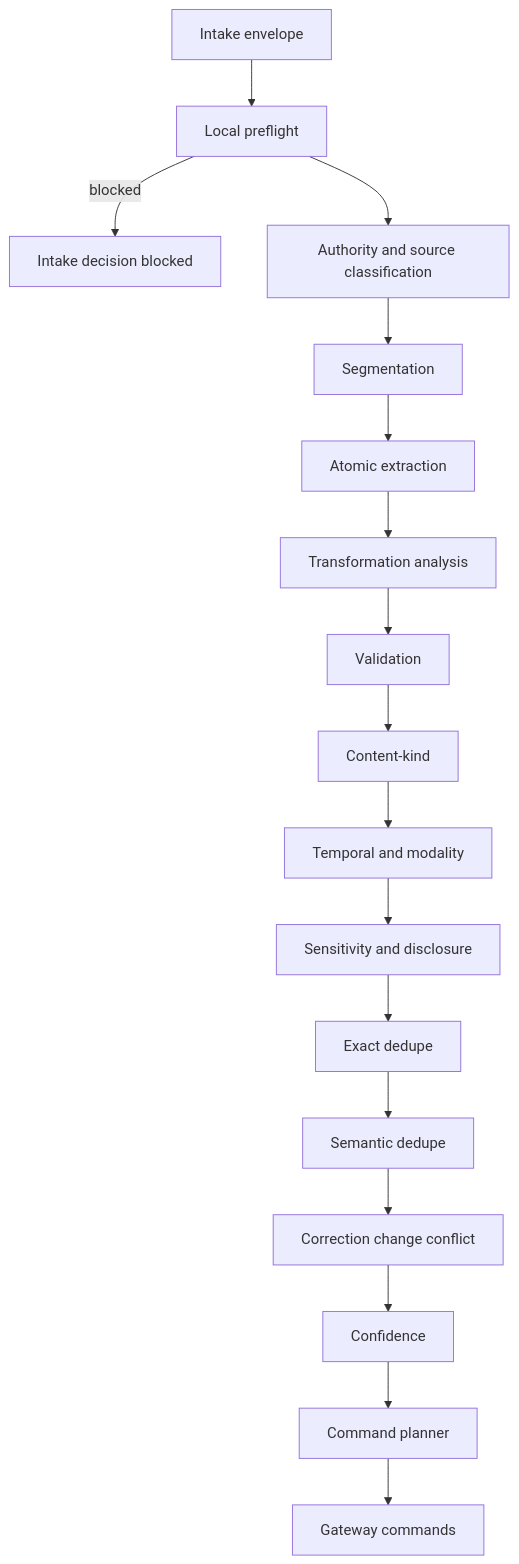
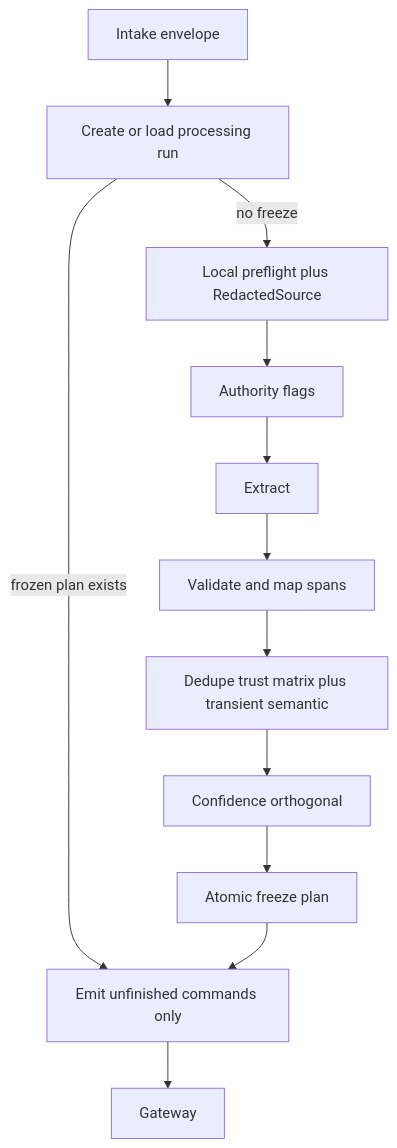
One commit to NicolVii/ContextVault changed the first of 12 diagrams in docs/memory-system/10-memory-processing-design.md. Above: the diagram before and after it, drawn with Mermaid. The commit also changed other lines of this file, not shown here.

First line of the commit message:
docs: correct Stage 10 processing freeze and authority contracts

````diff
--- a/docs/memory-system/10-memory-processing-design.md
+++ b/docs/memory-system/10-memory-processing-design.md
@@ -1517,19 +1157,14 @@
 ```mermaid
 flowchart TD
-  E[Intake envelope] --> P[Local preflight]
-  P -->|blocked| I1[Intake decision blocked]
-  P --> A[Authority and source classification]
-  A --> S[Segmentation]
-  S --> X[Atomic extraction]
-  X --> T[Transformation analysis]
-  T --> V[Validation]
-  V --> K[Content-kind]
-  K --> TM[Temporal and modality]
-  TM --> SD[Sensitivity and disclosure]
-  SD --> D1[Exact dedupe]
-  D1 --> D2[Semantic dedupe]
-  D2 --> C[Correction change conflict]
-  C --> CF[Confidence]
-  CF --> CP[Command planner]
-  CP --> G[Gateway commands]
+  E[Intake envelope] --> R[Create or load processing run]
+  R -->|frozen plan exists| Em[Emit unfinished commands only]
+  R -->|no freeze| P[Local preflight plus RedactedSource]
+  P --> A[Authority flags]
+  A --> X[Extract]
+  X --> V[Validate and map spans]
+  V --> D[Dedupe trust matrix plus transient semantic]
+  D --> C[Confidence orthogonal]
+  C --> F[Atomic freeze plan]
+  F --> Em
+  Em --> G[Gateway]
 ```
````
